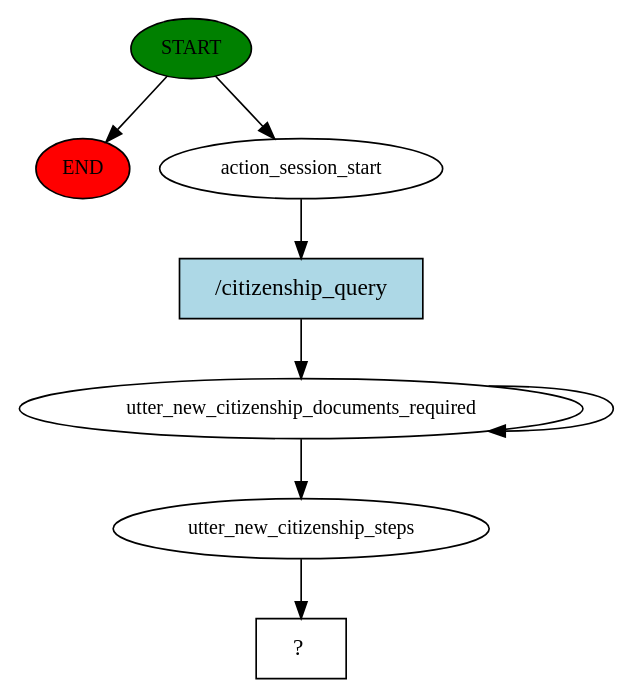
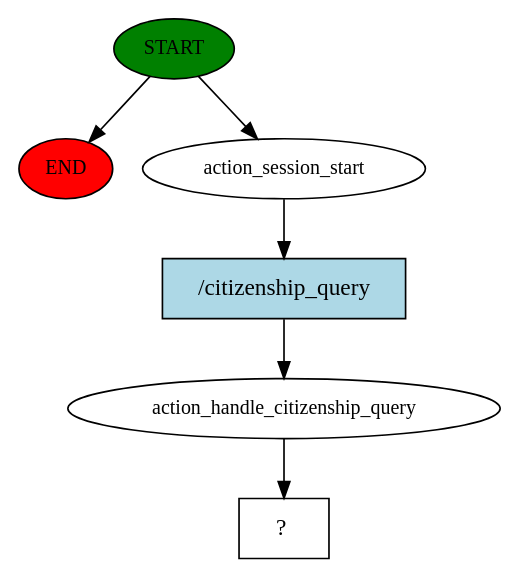
Before and after one commit to PiyushLuitel-07/Samadhan-A-Local-Government-Service-QueryBot: the diagram in story_graph.dot, drawn with Graphviz. The commit also changed 781 other files, not shown here.

```diff
--- a/story_graph.dot
+++ b/story_graph.dot
@@ -1,16 +1,13 @@
 digraph  {
 0 [class="start active", fillcolor=green, fontsize=12, label=START, style=filled];
 "-1" [class=end, fillcolor=red, fontsize=12, label=END, style=filled];
 1 [class=active, fontsize=12, label=action_session_start];
-2 [class=active, fontsize=12, label=utter_new_citizenship_documents_required];
-4 [class=active, fontsize=12, label=utter_new_citizenship_steps];
-5 [class="intent dashed active", label="  ?  ", shape=rect];
-6 [class="intent active", fillcolor=lightblue, label="/citizenship_query", shape=rect, style=filled];
+2 [class=active, fontsize=12, label=action_handle_citizenship_query];
+3 [class="intent dashed active", label="  ?  ", shape=rect];
+4 [class="intent active", fillcolor=lightblue, label="/citizenship_query", shape=rect, style=filled];
 0 -> "-1"  [class="", key=NONE, label=""];
 0 -> 1  [class=active, key=NONE, label=""];
-1 -> 6  [class=active, key=0];
-2 -> 4  [class=active, key=NONE, label=""];
-2 -> 2  [class=active, key=NONE, label=""];
-4 -> 5  [class=active, key=NONE, label=""];
-6 -> 2  [class=active, key=0];
+1 -> 4  [class=active, key=0];
+2 -> 3  [class=active, key=NONE, label=""];
+4 -> 2  [class=active, key=0];
 }
```
